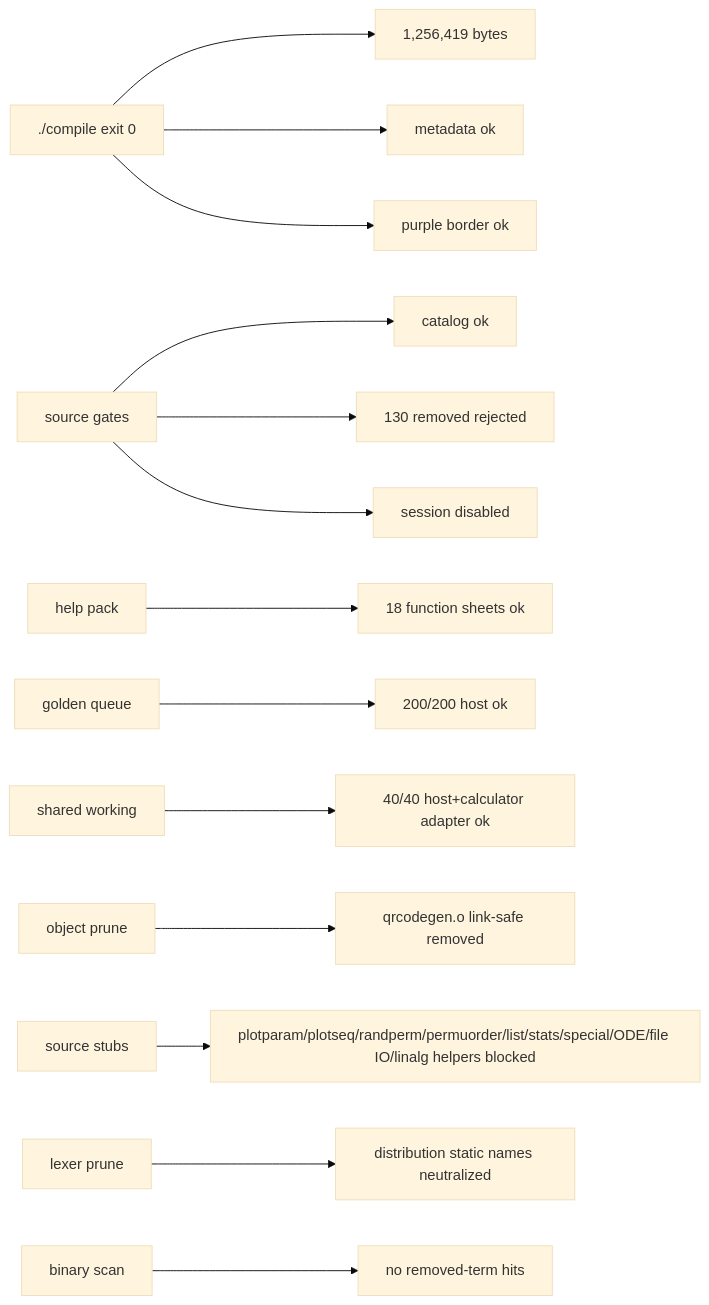
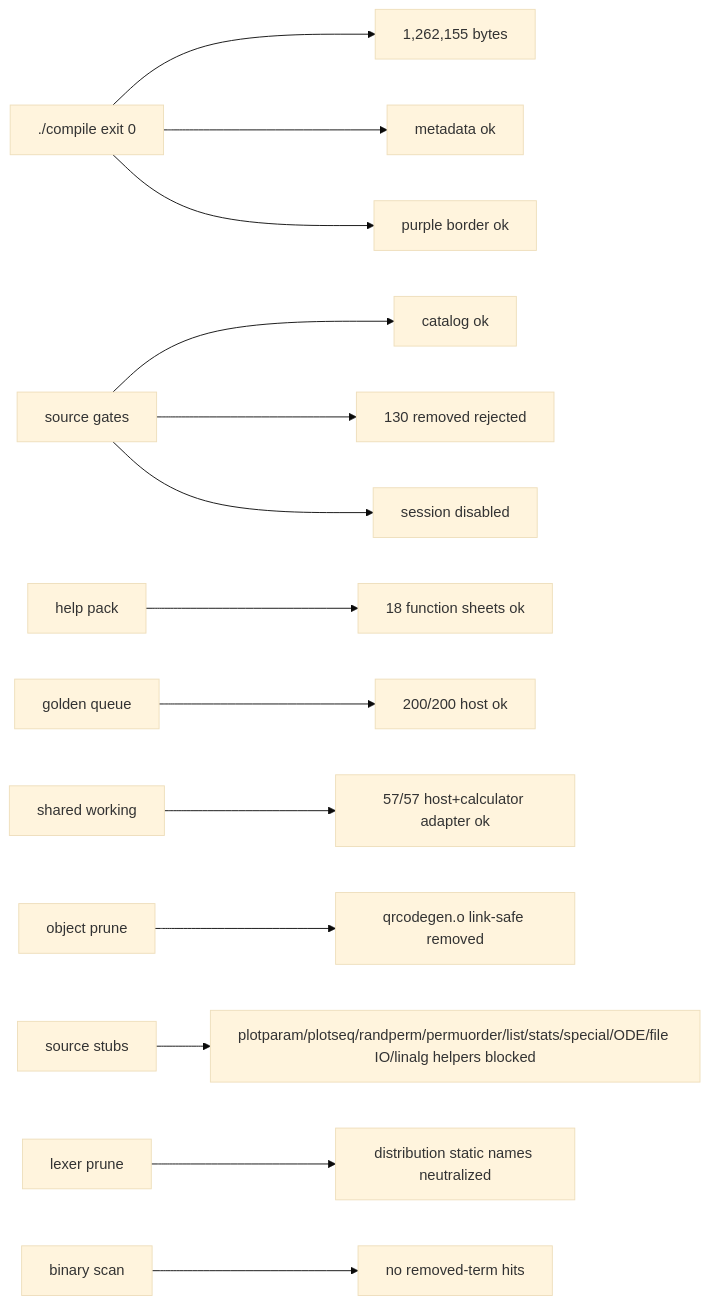
The seventh of 7 diagrams in docs/GRAPH.md (james8464/notes-addin-casio-fx-cg50), drawn with Mermaid (base theme) before and after one commit. The commit also changed other lines of this file and 4 other files, not shown here.

````diff
--- a/docs/GRAPH.md
+++ b/docs/GRAPH.md
@@ -124,16 +126,16 @@
 ```mermaid
 graph LR
-  Build["./compile exit 0"] --> Size["1,256,419 bytes"]
+  Build["./compile exit 0"] --> Size["1,262,155 bytes"]
   Build --> Meta["metadata ok"]
   Build --> Border["purple border ok"]
   Source["source gates"] --> Catalog["catalog ok"]
   Source --> Removed["130 removed rejected"]
   Source --> Session["session disabled"]
   Help["help pack"] --> HelpQ["18 function sheets ok"]
   Queue["golden queue"] --> QueueRun["200/200 host ok"]
-  Shared["shared working"] --> SharedRun["40/40 host+calculator adapter ok"]
+  Shared["shared working"] --> SharedRun["57/57 host+calculator adapter ok"]
   Obj["object prune"] --> QR["qrcodegen.o link-safe removed"]
   Macro["source stubs"] --> Stubbed["plotparam/plotseq/randperm/permuorder/list/stats/special/ODE/file IO/linalg helpers blocked"]
   Static["lexer prune"] --> StaticRun["distribution static names neutralized"]
   Bin["binary scan"] --> NoLeak["no removed-term hits"]
 ```
````
